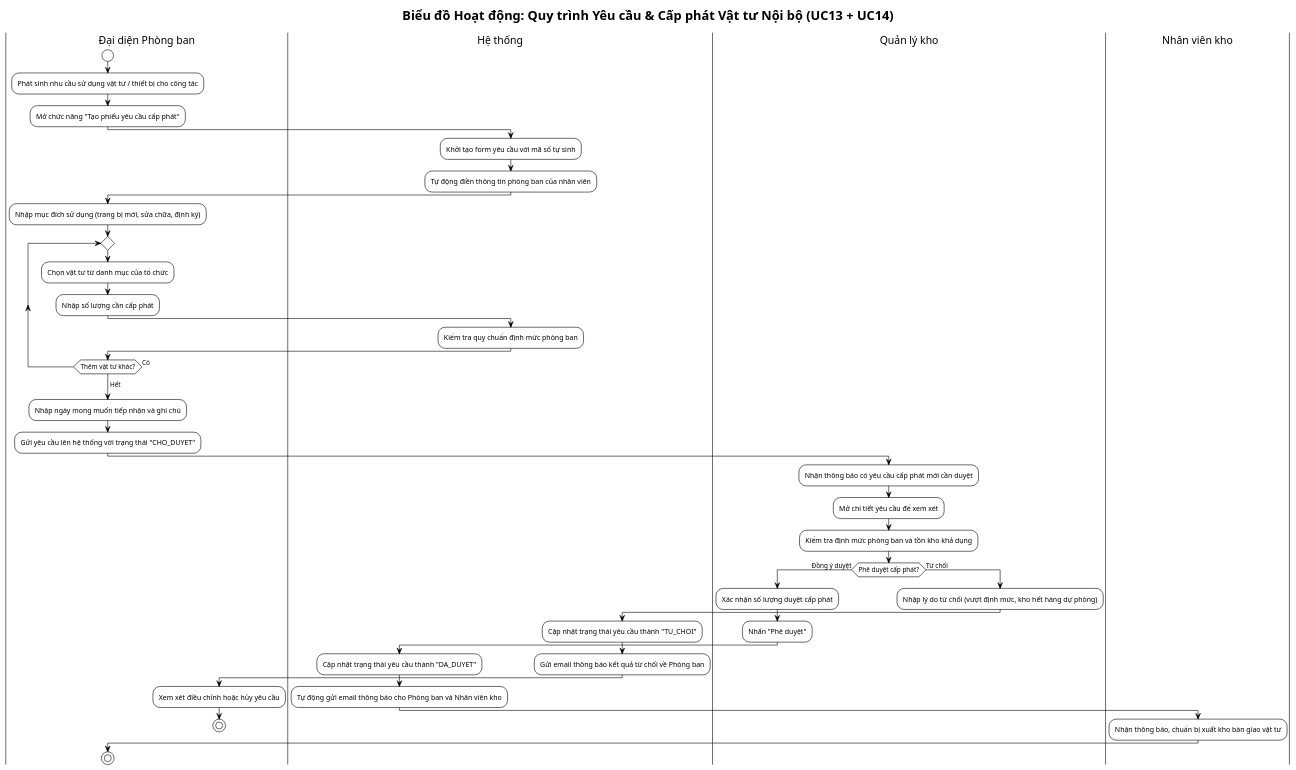
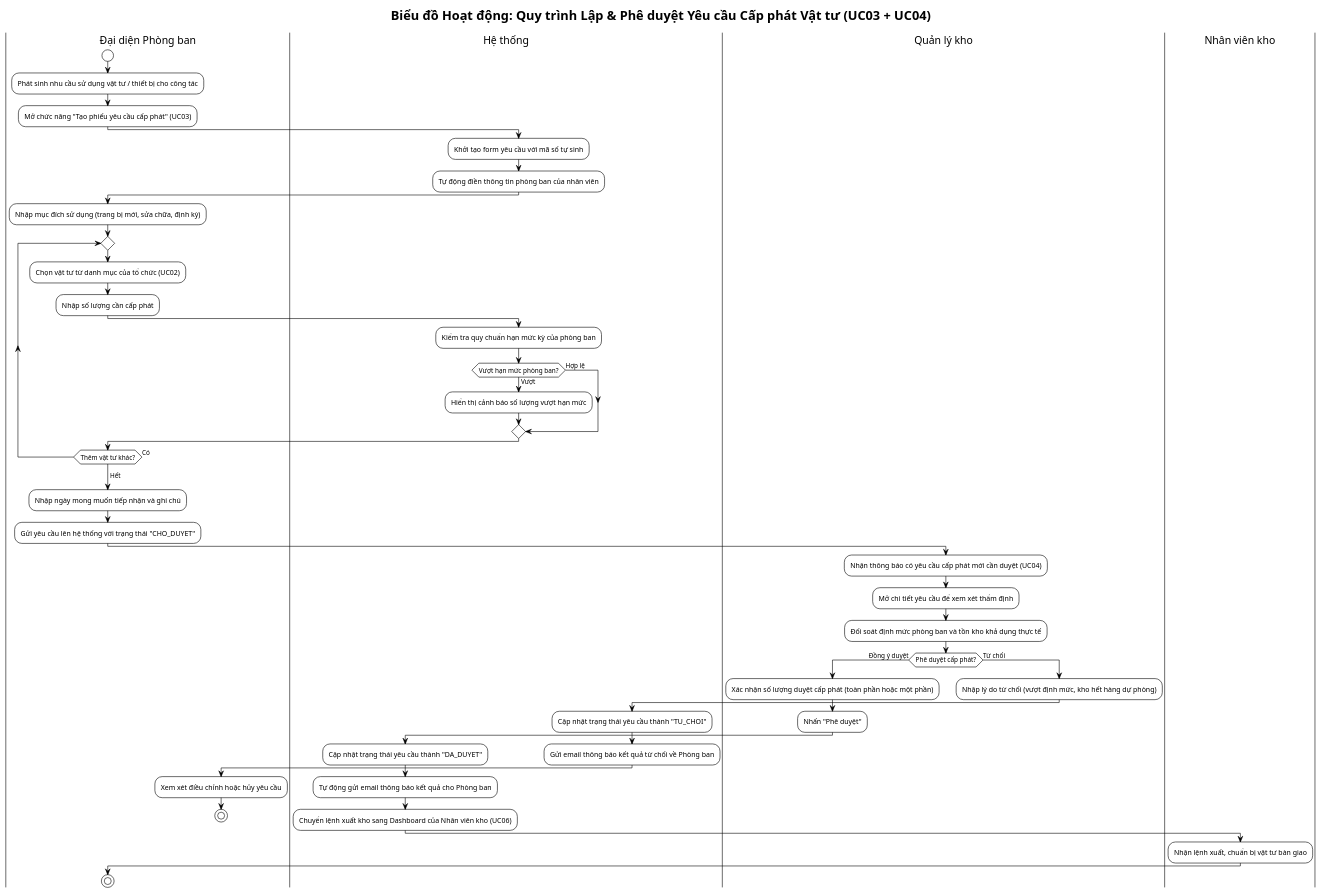
Before and after one commit to vuhoabinh2416137/G8_Quanlysanphamvakhohang: the fourth of 4 diagrams in BTL-QuanLyKhoHang/plantuml/activity-diagrams.puml, drawn with PlantUML. The commit also changed other lines of this file and 26 other files, not shown here.

Commit message:
Chuan hoa 07 Use Case cot loi, cap nhat so do UML va tai lieu phan cong nhiem vu

```diff
--- a/BTL-QuanLyKhoHang/plantuml/activity-diagrams.puml
+++ b/BTL-QuanLyKhoHang/plantuml/activity-diagrams.puml
@@ -172,54 +177,59 @@
 @startuml activity-yeu-cau-cap-phat
 !theme plain
 skinparam defaultFontName "Arial"
-title Biểu đồ Hoạt động: Quy trình Yêu cầu & Cấp phát Vật tư Nội bộ (UC13 + UC14)
+title Biểu đồ Hoạt động: Quy trình Lập & Phê duyệt Yêu cầu Cấp phát Vật tư (UC03 + UC04)
 
 |Đại diện Phòng ban|
 start
 :Phát sinh nhu cầu sử dụng vật tư / thiết bị cho công tác;
-:Mở chức năng "Tạo phiếu yêu cầu cấp phát";
+:Mở chức năng "Tạo phiếu yêu cầu cấp phát" (UC03);
 
 |Hệ thống|
 :Khởi tạo form yêu cầu với mã số tự sinh;
 :Tự động điền thông tin phòng ban của nhân viên;
 
 |Đại diện Phòng ban|
 :Nhập mục đích sử dụng (trang bị mới, sửa chữa, định kỳ);
 repeat
-    :Chọn vật tư từ danh mục của tổ chức;
+    :Chọn vật tư từ danh mục của tổ chức (UC02);
     :Nhập số lượng cần cấp phát;
     |Hệ thống|
-    :Kiểm tra quy chuẩn định mức phòng ban;
+    :Kiểm tra quy chuẩn hạn mức kỳ của phòng ban;
+    if (Vượt hạn mức phòng ban?) then (Vượt)
+        :Hiển thị cảnh báo số lượng vượt hạn mức;
+    else (Hợp lệ)
+    endif
     |Đại diện Phòng ban|
 repeat while (Thêm vật tư khác?) is (Có)
 -> Hết;
 
 :Nhập ngày mong muốn tiếp nhận và ghi chú;
 :Gửi yêu cầu lên hệ thống với trạng thái "CHO_DUYET";
 
 |Quản lý kho|
-:Nhận thông báo có yêu cầu cấp phát mới cần duyệt;
-:Mở chi tiết yêu cầu để xem xét;
-:Kiểm tra định mức phòng ban và tồn kho khả dụng;
+:Nhận thông báo có yêu cầu cấp phát mới cần duyệt (UC04);
+:Mở chi tiết yêu cầu để xem xét thẩm định;
+:Đối soát định mức phòng ban và tồn kho khả dụng thực tế;
 
 if (Phê duyệt cấp phát?) then (Đồng ý duyệt)
-    :Xác nhận số lượng duyệt cấp phát;
+    :Xác nhận số lượng duyệt cấp phát (toàn phần hoặc một phần);
     :Nhấn "Phê duyệt";
     |Hệ thống|
     :Cập nhật trạng thái yêu cầu thành "DA_DUYET";
-    :Tự động gửi email thông báo cho Phòng ban và Nhân viên kho;
+    :Tự động gửi email thông báo kết quả cho Phòng ban;
+    :Chuyển lệnh xuất kho sang Dashboard của Nhân viên kho (UC06);
     |Nhân viên kho|
-    :Nhận thông báo, chuẩn bị xuất kho bàn giao vật tư;
+    :Nhận lệnh xuất, chuẩn bị vật tư bàn giao;
 else (Từ chối)
     |Quản lý kho|
     :Nhập lý do từ chối (vượt định mức, kho hết hàng dự phòng);
     |Hệ thống|
     :Cập nhật trạng thái yêu cầu thành "TU_CHOI";
     :Gửi email thông báo kết quả từ chối về Phòng ban;
     |Đại diện Phòng ban|
     :Xem xét điều chỉnh hoặc hủy yêu cầu;
     stop
 endif
 
 stop
 @enduml
```
